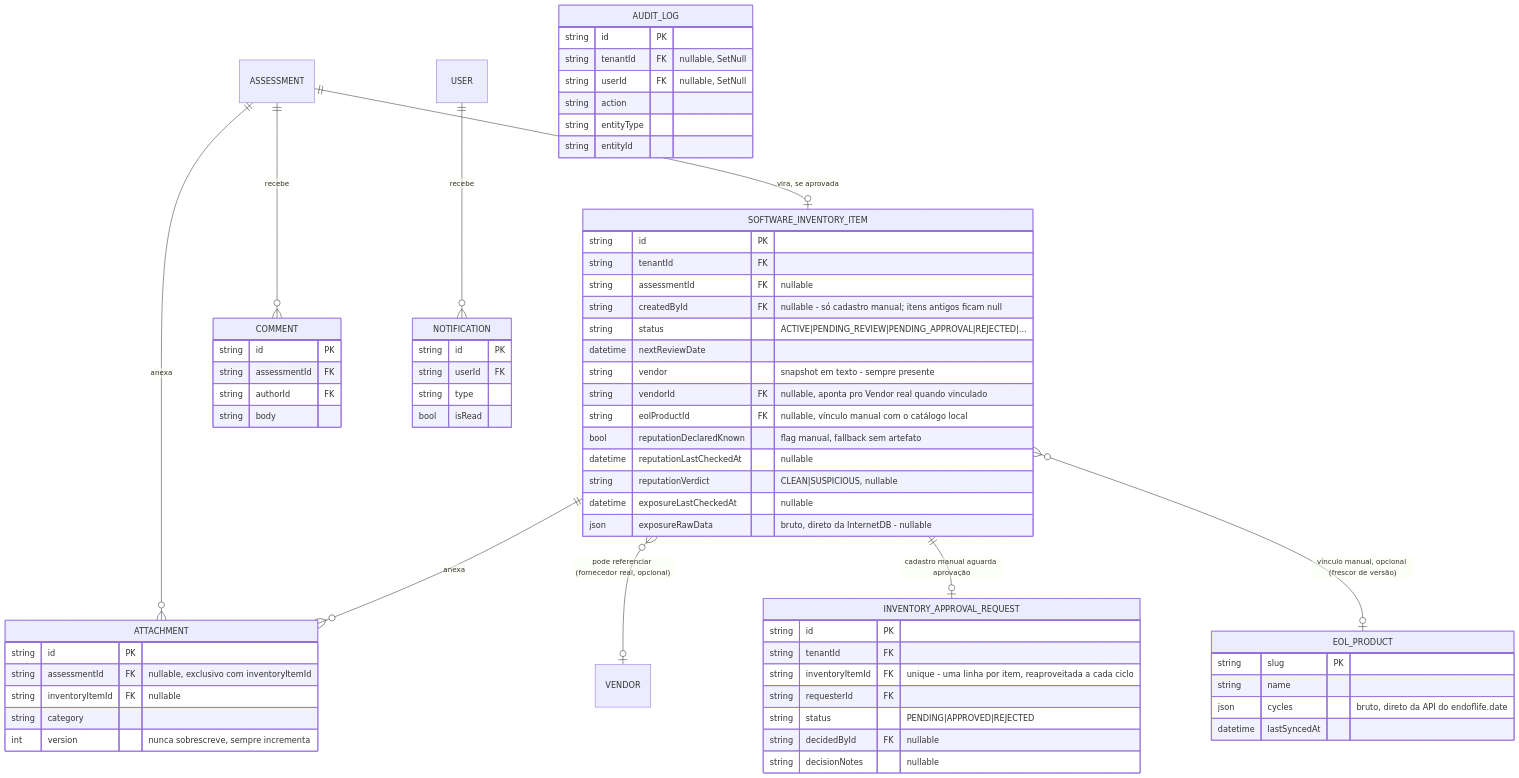
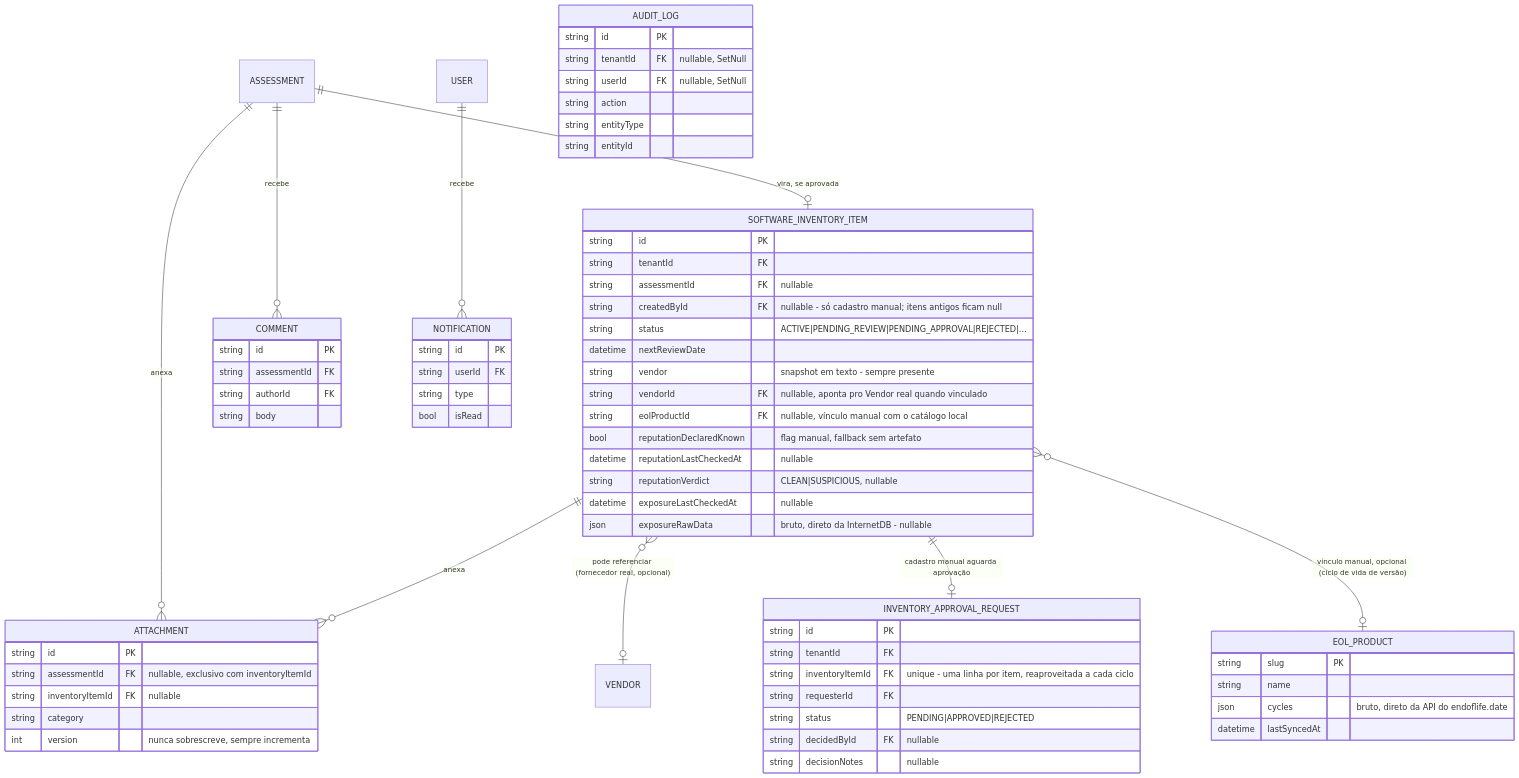
One commit to domcabral9/morpheus-beta changed the sixth of 7 diagrams in docs/architecture.md. Above: the diagram before and after it, drawn with Mermaid. The commit also changed 81 other files, not shown here.

First line of the commit message:
chore: renomeia "frescor de versão" para "ciclo de vida da versão" (#166)

````diff
--- a/docs/architecture.md
+++ b/docs/architecture.md
@@ -377,70 +377,70 @@
 ```mermaid
 erDiagram
     ASSESSMENT ||--o| SOFTWARE_INVENTORY_ITEM : "vira, se aprovada"
     ASSESSMENT ||--o{ ATTACHMENT : anexa
     SOFTWARE_INVENTORY_ITEM ||--o{ ATTACHMENT : anexa
     ASSESSMENT ||--o{ COMMENT : recebe
     USER ||--o{ NOTIFICATION : recebe
     SOFTWARE_INVENTORY_ITEM }o--o| VENDOR : "pode referenciar (fornecedor real, opcional)"
     SOFTWARE_INVENTORY_ITEM ||--o| INVENTORY_APPROVAL_REQUEST : "cadastro manual aguarda aprovação"
-    SOFTWARE_INVENTORY_ITEM }o--o| EOL_PRODUCT : "vínculo manual, opcional (frescor de versão)"
+    SOFTWARE_INVENTORY_ITEM }o--o| EOL_PRODUCT : "vínculo manual, opcional (ciclo de vida de versão)"
 
     SOFTWARE_INVENTORY_ITEM {
         string id PK
         string tenantId FK
         string assessmentId FK "nullable"
         string createdById FK "nullable - só cadastro manual; itens antigos ficam null"
         string status "ACTIVE|PENDING_REVIEW|PENDING_APPROVAL|REJECTED|..."
         datetime nextReviewDate
         string vendor "snapshot em texto - sempre presente"
         string vendorId FK "nullable, aponta pro Vendor real quando vinculado"
         string eolProductId FK "nullable, vínculo manual com o catálogo local"
         bool reputationDeclaredKnown "flag manual, fallback sem artefato"
         datetime reputationLastCheckedAt "nullable"
         string reputationVerdict "CLEAN|SUSPICIOUS, nullable"
         datetime exposureLastCheckedAt "nullable"
         json exposureRawData "bruto, direto da InternetDB - nullable"
     }
     EOL_PRODUCT {
         string slug PK
         string name
         json cycles "bruto, direto da API do endoflife.date"
         datetime lastSyncedAt
     }
     INVENTORY_APPROVAL_REQUEST {
         string id PK
         string tenantId FK
         string inventoryItemId FK "unique - uma linha por item, reaproveitada a cada ciclo"
         string requesterId FK
         string status "PENDING|APPROVED|REJECTED"
         string decidedById FK "nullable"
         string decisionNotes "nullable"
     }
     ATTACHMENT {
         string id PK
         string assessmentId FK "nullable, exclusivo com inventoryItemId"
         string inventoryItemId FK "nullable"
         string category
         int version "nunca sobrescreve, sempre incrementa"
     }
     COMMENT {
         string id PK
         string assessmentId FK
         string authorId FK
         string body
     }
     AUDIT_LOG {
         string id PK
         string tenantId FK "nullable, SetNull"
         string userId FK "nullable, SetNull"
         string action
         string entityType
         string entityId
     }
     NOTIFICATION {
         string id PK
         string userId FK
         string type
         bool isRead
     }
 ```
````
